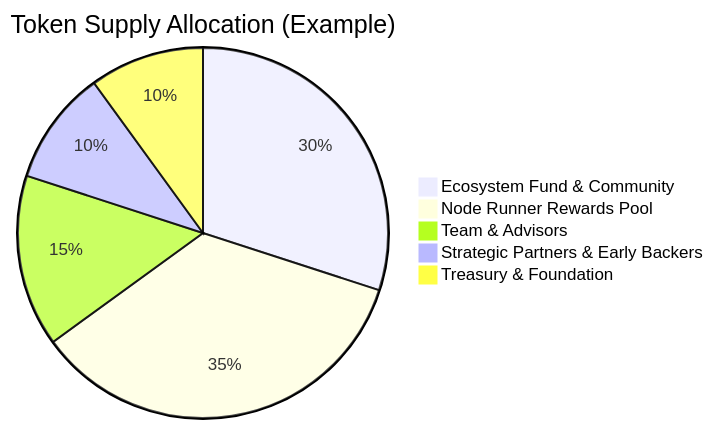
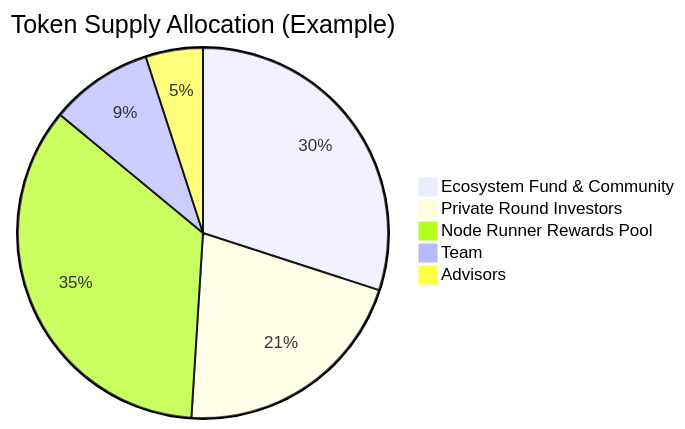
Before and after one commit to aktasbatuhan/docs: the diagram in docs/token-supply-distribution.mdx, drawn with Mermaid.

Commit message:
pie chart fix

````diff
--- a/docs/token-supply-distribution.mdx
+++ b/docs/token-supply-distribution.mdx
@@ -33,8 +33,8 @@
 ```mermaid
 pie title Token Supply Allocation (Example)
     "Ecosystem Fund & Community" : 30
+    "Private Round Investors" : 21
     "Node Runner Rewards Pool" : 35
-    "Team & Advisors" : 15
-    "Strategic Partners & Early Backers" : 10
-    "Treasury & Foundation" : 10
+    "Team " : 9
+    "Advisors" : 5
 ``` 
````
